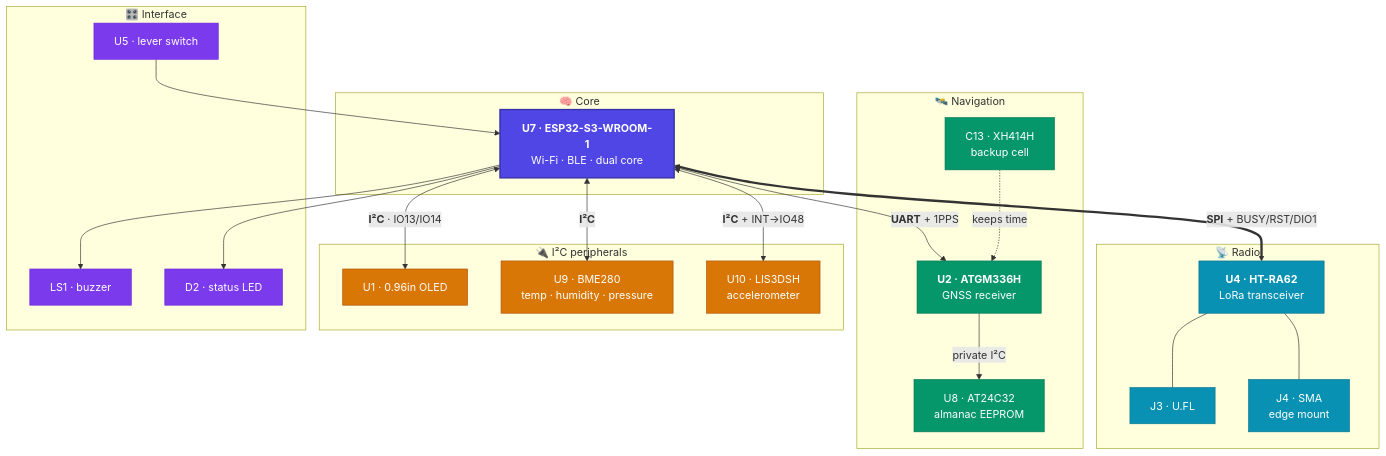
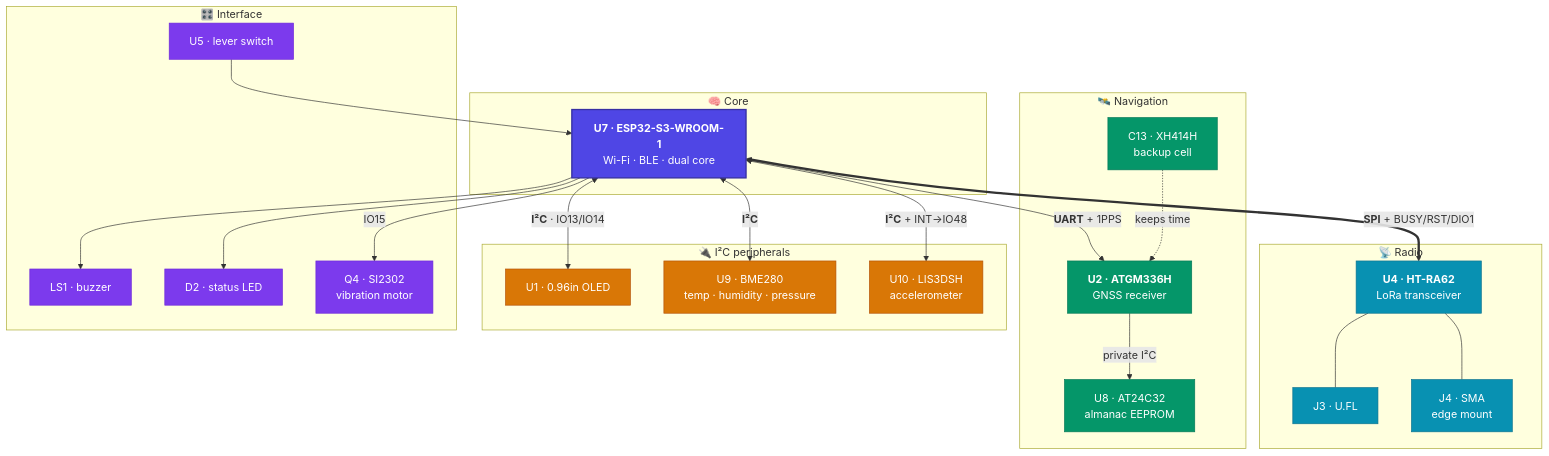
Before and after one commit to luthfai/meshthingy_v0: the first of 2 diagrams in README.md, drawn with Mermaid. The commit also changed other lines of this file and 2 other files, not shown here.

````diff
--- a/README.md
+++ b/README.md
@@ -54,54 +55,56 @@
 ```mermaid
 flowchart TB
     subgraph RF["📡 Radio"]
         LORA["<b>U4 · HT-RA62</b><br/>LoRa transceiver"]
         UFL["J3 · U.FL"]
         SMA["J4 · SMA<br/>edge mount"]
         LORA --- UFL
         LORA --- SMA
     end
 
     subgraph CORE["🧠 Core"]
         MCU["<b>U7 · ESP32-S3-WROOM-1</b><br/>Wi-Fi · BLE · dual core"]
     end
 
     subgraph NAV["🛰️ Navigation"]
         GPS["<b>U2 · ATGM336H</b><br/>GNSS receiver"]
         EEP["U8 · AT24C32<br/>almanac EEPROM"]
         BAT2["C13 · XH414H<br/>backup cell"]
         GPS -->|"private I²C"| EEP
         BAT2 -.->|"keeps time"| GPS
     end
 
     subgraph IO["🔌 I²C peripherals"]
         OLED["U1 · 0.96in OLED"]
         BME["U9 · BME280<br/>temp · humidity · pressure"]
         ACC["U10 · LIS3DSH<br/>accelerometer"]
     end
 
     subgraph UX["🎛️ Interface"]
         BUZ["LS1 · buzzer"]
         LED["D2 · status LED"]
         SW["U5 · lever switch"]
+        VIB["Q4 · SI2302<br/>vibration motor"]
     end
 
     MCU <==>|"<b>SPI</b> + BUSY/RST/DIO1"| LORA
     MCU <-->|"<b>UART</b> + 1PPS"| GPS
     MCU <-->|"<b>I²C</b> · IO13/IO14"| OLED
     MCU <-->|"<b>I²C</b>"| BME
     MCU <-->|"<b>I²C</b> + INT→IO48"| ACC
     MCU --> BUZ
     MCU --> LED
+    MCU -->|IO15| VIB
     SW --> MCU
 
     classDef core fill:#4f46e5,stroke:#3730a3,color:#fff,stroke-width:2px
     classDef radio fill:#0891b2,stroke:#0e7490,color:#fff
     classDef nav fill:#059669,stroke:#047857,color:#fff
     classDef periph fill:#d97706,stroke:#b45309,color:#fff
     classDef ux fill:#7c3aed,stroke:#6d28d9,color:#fff
     class MCU core
     class LORA,UFL,SMA radio
     class GPS,EEP,BAT2 nav
     class OLED,BME,ACC periph
-    class BUZ,LED,SW ux
+    class BUZ,LED,SW,VIB ux
 ```
````
